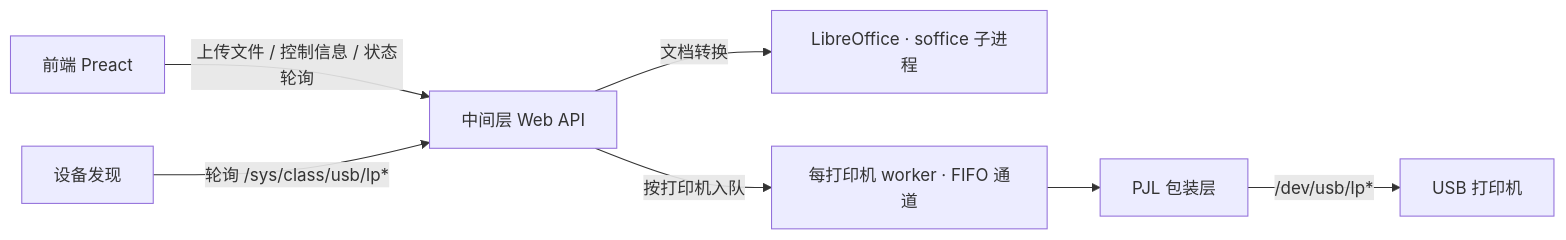
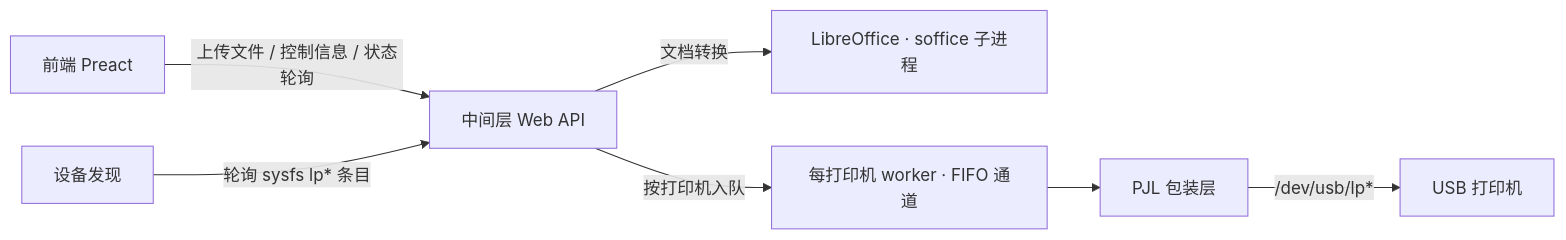
The diagram in README.md (NIyueeE/just-print), drawn with Mermaid before and after one commit. The commit also changed other lines of this file and 16 other files, not shown here.

````diff
--- a/README.md
+++ b/README.md
@@ -23,9 +24,9 @@
 ```mermaid
 flowchart LR
     FE[前端 Preact] -->|上传文件 / 控制信息 / 状态轮询| API[中间层 Web API]
     API -->|文档转换| CVT[LibreOffice · soffice 子进程]
     API -->|按打印机入队| W[每打印机 worker · FIFO 通道]
     W --> PJL[PJL 包装层]
     PJL -->|/dev/usb/lp*| PRT[USB 打印机]
-    DIS[设备发现] -->|轮询 /sys/class/usb/lp*| API
+    DIS[设备发现] -->|轮询 sysfs lp* 条目| API
 ```
````
